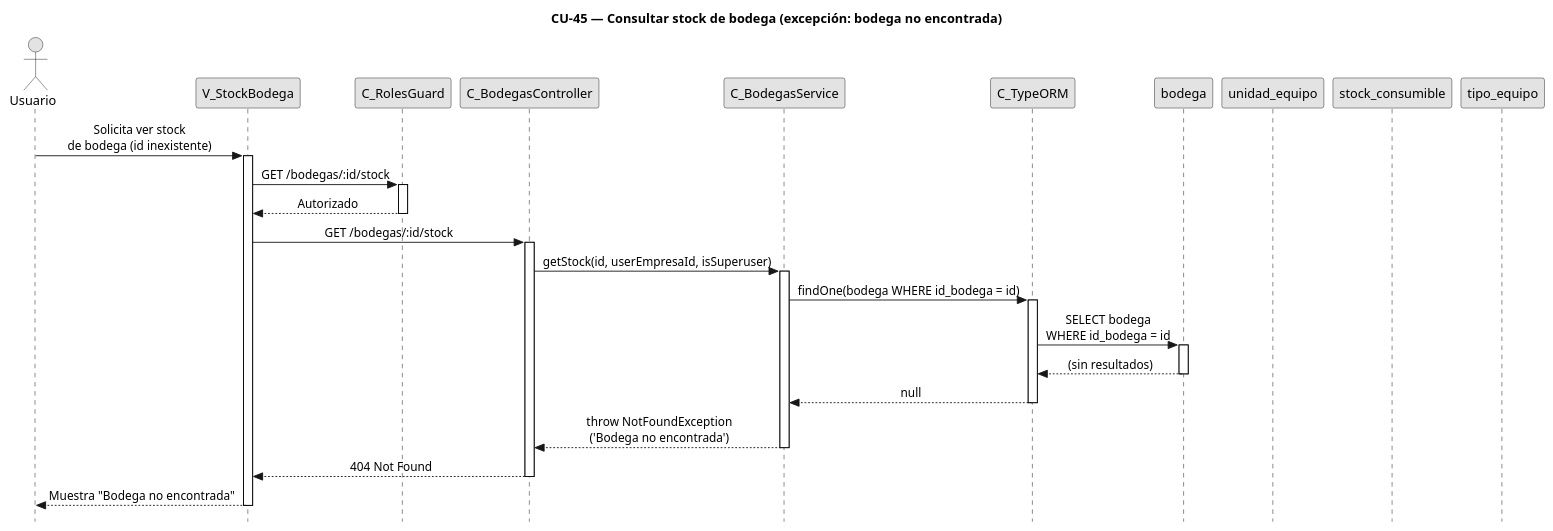
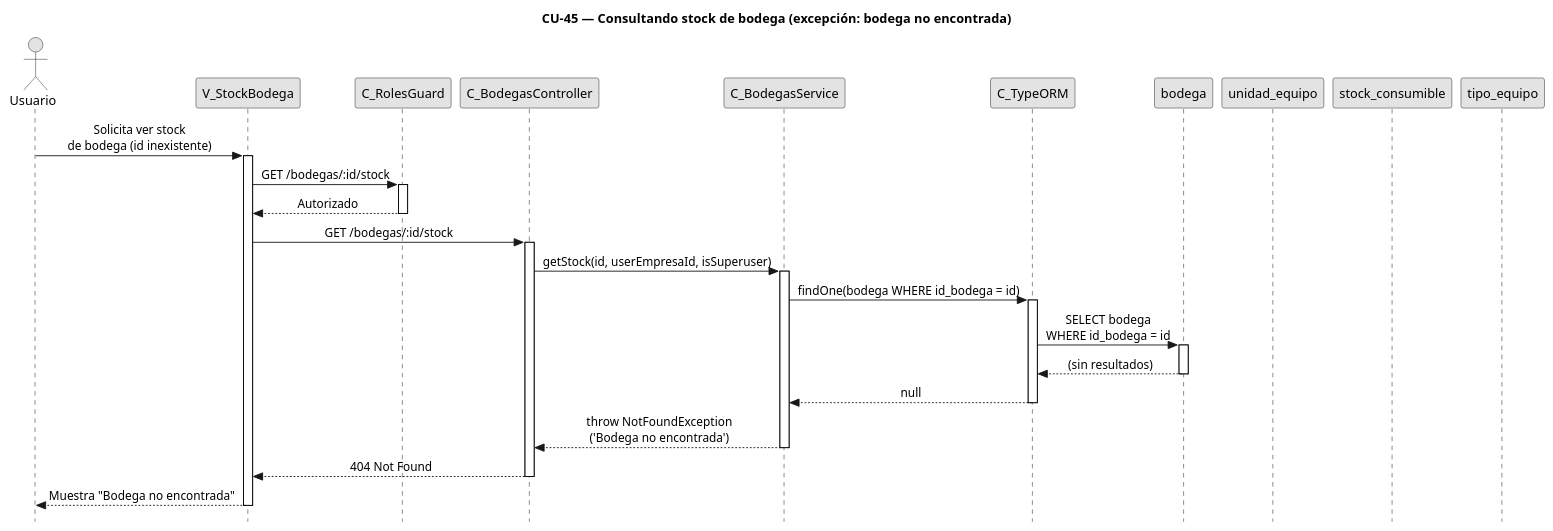
The diagram in diagramas/diagramas-secuencia/CU45/CU45-exc-bodega-sin-equipos.puml (FSM-Finet-y-Cable-Magico/Team_1-Inventario-y-Bodega), drawn with PlantUML before and after one commit. The commit also changed 155 other files, not shown here.

Commit message:
fix: titulos de diagramas de secuencia en gerundio

```diff
--- a/diagramas/diagramas-secuencia/CU45/CU45-exc-bodega-sin-equipos.puml
+++ b/diagramas/diagramas-secuencia/CU45/CU45-exc-bodega-sin-equipos.puml
@@ -1,60 +1,60 @@
 @startuml CU45-exc-bodega-sin-equipos
-title CU-45 — Consultar stock de bodega (excepción: bodega no encontrada)
+title CU-45 — Consultando stock de bodega (excepción: bodega no encontrada)
 
 skinparam style strictuml
 skinparam monochrome true
 skinparam shadowing false
 skinparam sequenceMessageAlign center
 skinparam sequence {
   MessageAlign center
   LifeLineBorderColor black
 }
 hide footbox
 
 actor "Usuario" as user
 participant "V_StockBodega" as view
 participant "C_RolesGuard" as guard
 participant "C_BodegasController" as ctrl
 participant "C_BodegasService" as svc
 participant "C_TypeORM" as orm
 participant "bodega" as bent
 participant "unidad_equipo" as uent
 participant "stock_consumible" as scent
 participant "tipo_equipo" as tent
 
 user -> view : Solicita ver stock\nde bodega (id inexistente)
 activate view
 
 view -> guard : GET /bodegas/:id/stock
 activate guard
 
 guard --> view : Autorizado
 deactivate guard
 
 view -> ctrl : GET /bodegas/:id/stock
 activate ctrl
 
 ctrl -> svc : getStock(id, userEmpresaId, isSuperuser)
 activate svc
 
 svc -> orm : findOne(bodega WHERE id_bodega = id)
 activate orm
 
 orm -> bent : SELECT bodega\nWHERE id_bodega = id
 activate bent
 bent --> orm : (sin resultados)
 deactivate bent
 
 orm --> svc : null
 deactivate orm
 
 svc --> ctrl : throw NotFoundException\n('Bodega no encontrada')
 deactivate svc
 
 ctrl --> view : 404 Not Found
 deactivate ctrl
 
 view --> user : Muestra "Bodega no encontrada"
 deactivate view
 
 @enduml
```
